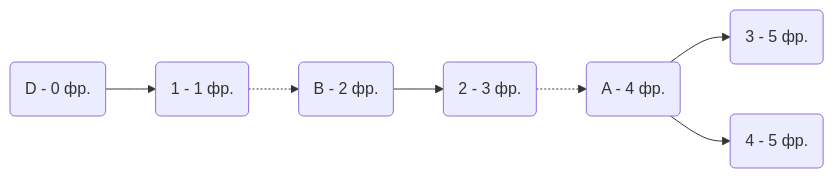
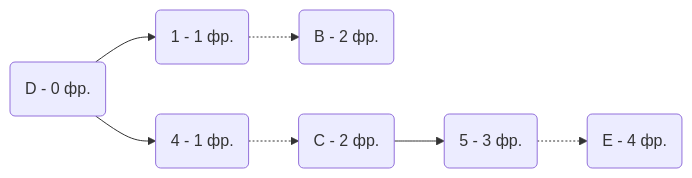
One commit to hse-algo-24-crow/manual-tasks-crow changed the tenth of 14 diagrams in task-8/python-gang.md. Above: the diagram before and after it, drawn with Mermaid. The commit also changed other lines of this file, not shown here.

````diff
--- a/task-8/python-gang.md
+++ b/task-8/python-gang.md
@@ -375,5 +305,5 @@
 ```mermaid
 graph LR
-    D(D - 0 фр.)  --> 1(1 - 1 фр.) -.-> B(B - 2 фр.) --> 2(2 - 3 фр.) -.-> A(A - 4 фр.) --> 3(3 - 5 фр.)
-    A(A - 4 фр.) --> 4(4 - 5 фр.)
+    D(D - 0 фр.)  --> 1(1 - 1 фр.) -.-> B(B - 2 фр.)
+    D(D - 0 фр.)  --> 4(4 - 1 фр.) -.-> C(C - 2 фр.) --> 5(5 - 3 фр.) -.-> E(E - 4 фр.)
 ```
````
